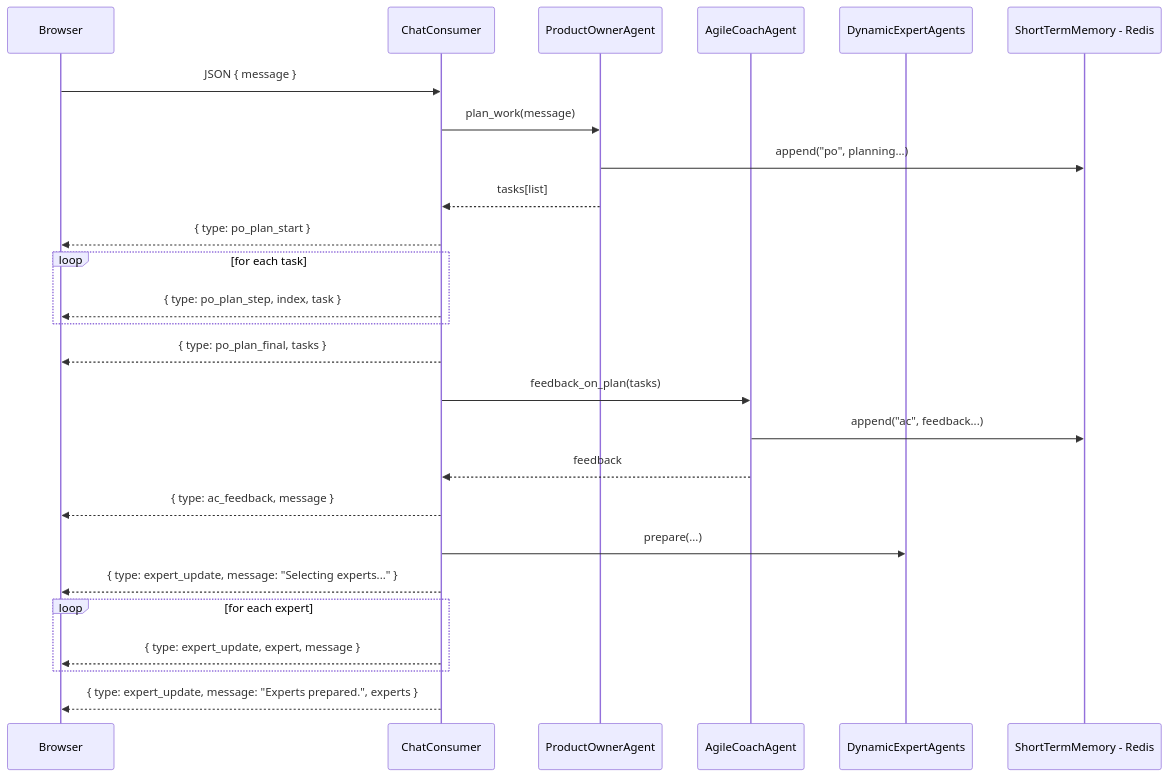
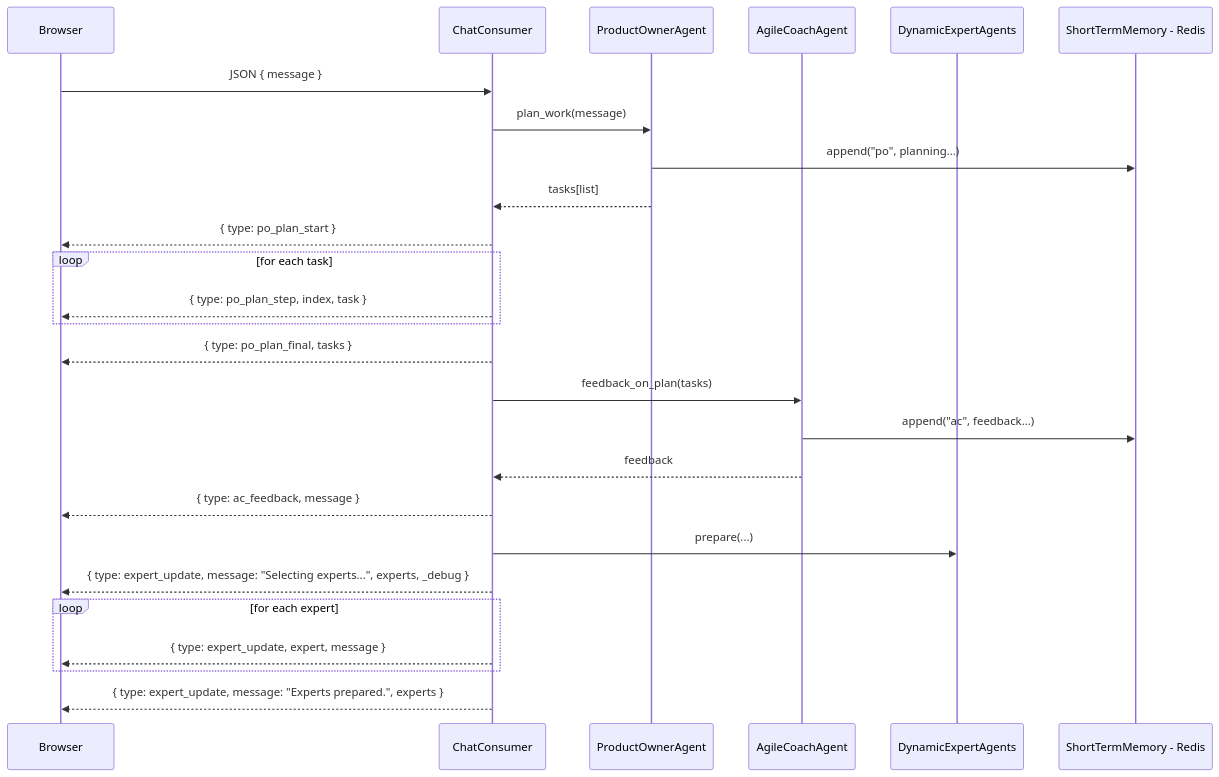
One commit to personalagile/aiteam changed the fourth of 5 diagrams in docs/arc42/arc42.md. Above: the diagram before and after it, drawn with Mermaid. The commit also changed other lines of this file, not shown here.

First line of the commit message:
docs(arc42): mark Dynamic Experts as implemented; document _debug in WS runtime

````diff
--- a/docs/arc42/arc42.md
+++ b/docs/arc42/arc42.md
@@ -101,29 +101,29 @@
 ```mermaid
 sequenceDiagram
   participant B as Browser
   participant C as ChatConsumer
   participant PO as ProductOwnerAgent
   participant AC as AgileCoachAgent
   participant EXP as DynamicExpertAgents
   participant STM as ShortTermMemory - Redis
 
   B->>C: JSON { message }
   C->>PO: plan_work(message)
   PO->>STM: append("po", planning...)
   PO-->>C: tasks[list]
   C-->>B: { type: po_plan_start }
   loop for each task
     C-->>B: { type: po_plan_step, index, task }
   end
   C-->>B: { type: po_plan_final, tasks }
   C->>AC: feedback_on_plan(tasks)
   AC->>STM: append("ac", feedback...)
   AC-->>C: feedback
   C-->>B: { type: ac_feedback, message }
   C->>EXP: prepare(...)
-  C-->>B: { type: expert_update, message: "Selecting experts..." }
+  C-->>B: { type: expert_update, message: "Selecting experts...", experts, _debug }
   loop for each expert
     C-->>B: { type: expert_update, expert, message }
   end
   C-->>B: { type: expert_update, message: "Experts prepared.", experts }
 ```
````
